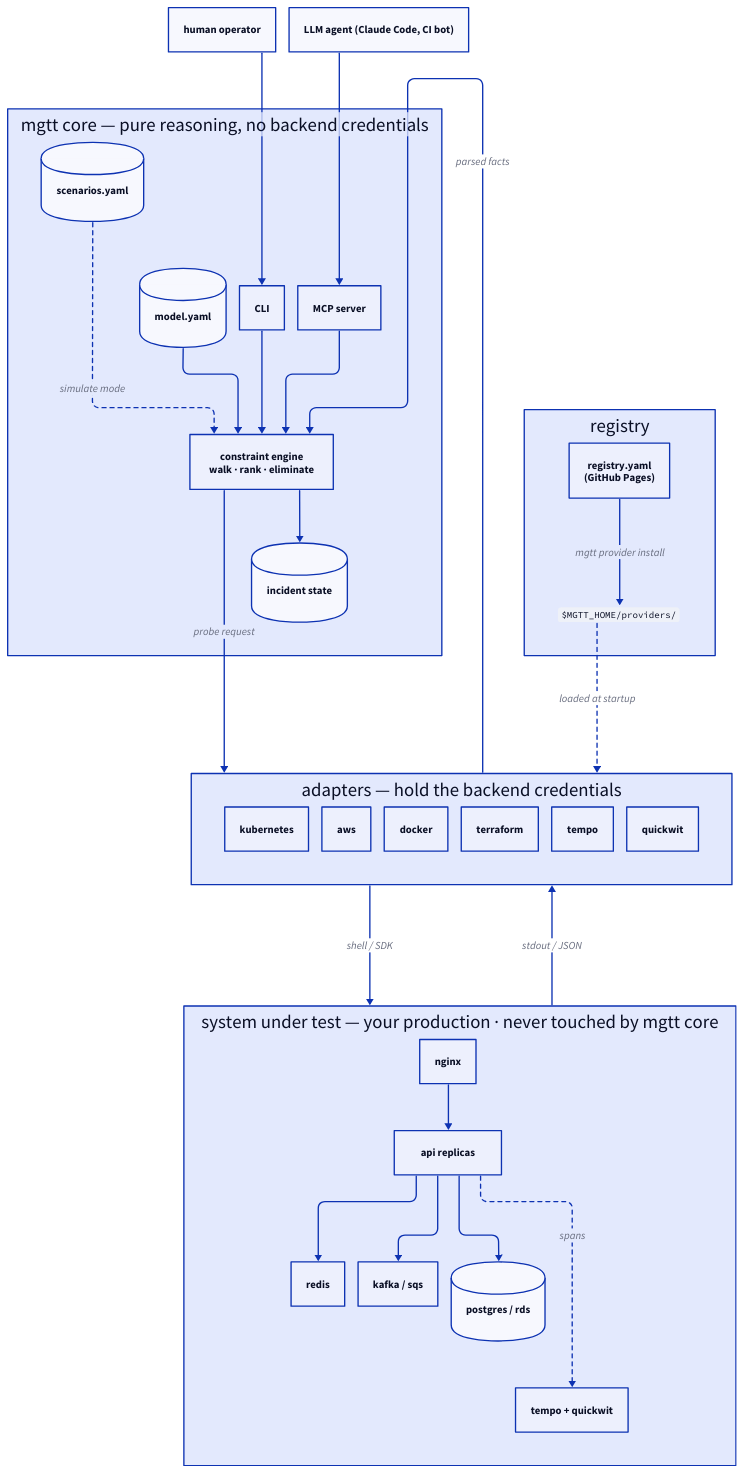
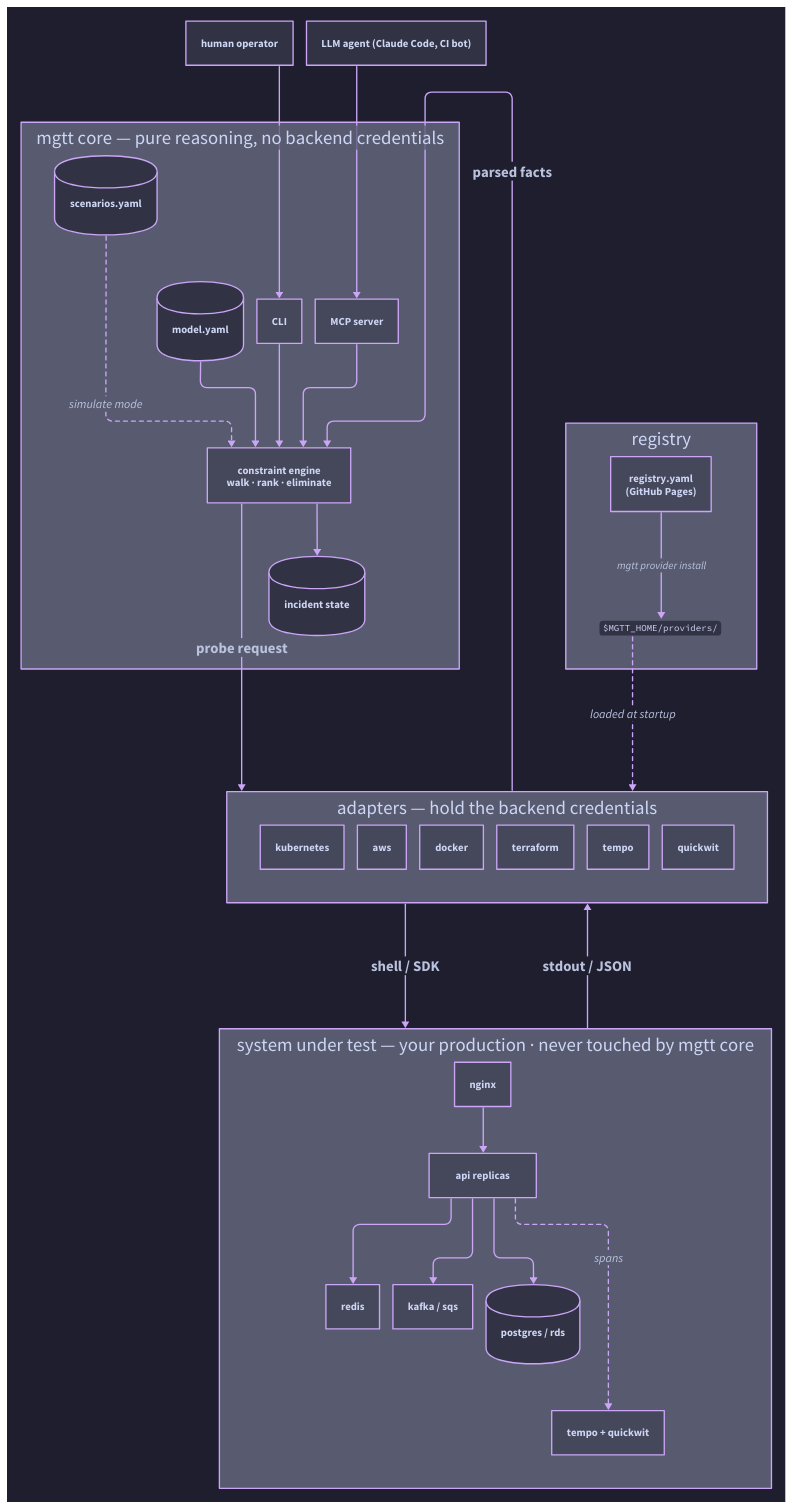
One commit to sajonaro/mgtt changed the diagram in docs/images/architecture.d2. Above: the diagram before and after it, drawn with D2. The commit also changed 1 other file, not shown here.

Commit message:
docs: dark theme + bigger edge labels on architecture diagram
- theme-id: 200 (dark mauve) via vars.d2-config
- New classes 'flow' (bold, 22pt, stroke-width 2) and 'sidenote'
  (italic, 18pt, dashed) applied to every cross-tier edge so the
  round-trip annotations read at a glance
- Flat style.X form instead of the nested `style: {...}` block —
  D2 binds edge attributes more reliably this way

```diff
--- a/docs/images/architecture.d2
+++ b/docs/images/architecture.d2
@@ -1,77 +1,93 @@
 # mgtt — architecture diagram.
 # Source of truth. Render with:
 #   d2 docs/images/architecture.d2 docs/images/architecture.svg
 
 vars: {
   d2-config: {
     layout-engine: elk
     pad: 20
+    theme-id: 200
   }
 }
 
 direction: down
+
+# Class applied to every cross-tier edge label so the annotations
+# read at a glance without zooming in.
+classes: {
+  flow: {
+    style.font-size: 22
+    style.stroke-width: 2
+    style.bold: true
+  }
+  sidenote: {
+    style.font-size: 18
+    style.stroke-dash: 3
+    style.italic: true
+  }
+}
 
 # ---- operators (row 1) -----------------------------------------------
 human: "human operator"
 agent: "LLM agent (Claude Code, CI bot)"
 
 # ---- mgtt core (row 2) -----------------------------------------------
 mgtt: "mgtt core — pure reasoning, no backend credentials" {
   model: "model.yaml" { shape: cylinder }
   scens: "scenarios.yaml" { shape: cylinder }
   state: "incident state" { shape: cylinder }
   cli: "CLI"
   mcp: "MCP server"
   engine: "constraint engine\nwalk · rank · eliminate"
 
   cli -> engine
   mcp -> engine
   model -> engine
-  scens -> engine: "simulate mode" { style.stroke-dash: 3 }
+  scens -> engine: "simulate mode" { class: sidenote }
   engine -> state
 }
 
 # ---- adapters + registry (row 3) -------------------------------------
 adapters: "adapters — hold the backend credentials" {
   k8s: "kubernetes"
   aws: "aws"
   docker: "docker"
   terraform: "terraform"
   tempo: "tempo"
   quickwit: "quickwit"
 }
 
 registry: "registry" {
   remote: "registry.yaml\n(GitHub Pages)"
   local: |md
     `$MGTT_HOME/providers/`
   |
   remote -> local: "mgtt provider install"
 }
 
 # ---- system under test (row 4) ---------------------------------------
 sut: "system under test — your production · never touched by mgtt core" {
   nginx: "nginx"
   api: "api replicas"
   redis: "redis"
   queue: "kafka / sqs"
   rds: "postgres / rds" { shape: cylinder }
   tracing: "tempo + quickwit"
 
   nginx -> api
   api -> rds
   api -> redis
   api -> queue
-  api -> tracing: "spans" { style.stroke-dash: 3 }
+  api -> tracing: "spans" { class: sidenote }
 }
 
 # ---- cross-tier flows ------------------------------------------------
 human -> mgtt.cli
 agent -> mgtt.mcp
 
-mgtt.engine -> adapters: "probe request" { style.stroke-width: 2 }
-adapters -> mgtt.engine: "parsed facts" { style.stroke-width: 2 }
-adapters -> sut: "shell / SDK" { style.stroke-width: 2 }
-sut -> adapters: "stdout / JSON" { style.stroke-width: 2 }
+mgtt.engine -> adapters: "probe request" { class: flow }
+adapters -> mgtt.engine: "parsed facts" { class: flow }
+adapters -> sut: "shell / SDK" { class: flow }
+sut -> adapters: "stdout / JSON" { class: flow }
 
-registry.local -> adapters: "loaded at startup" { style.stroke-dash: 3 }
+registry.local -> adapters: "loaded at startup" { class: sidenote }
```
